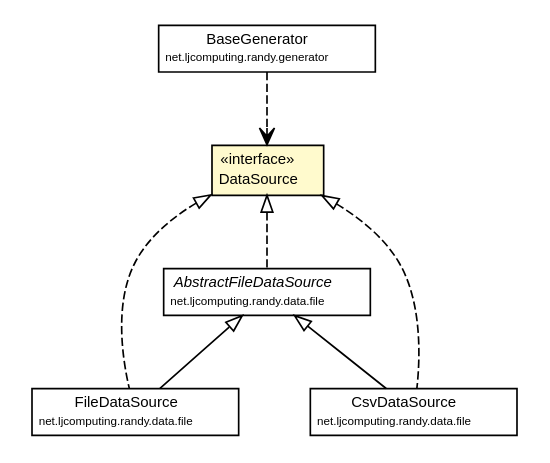
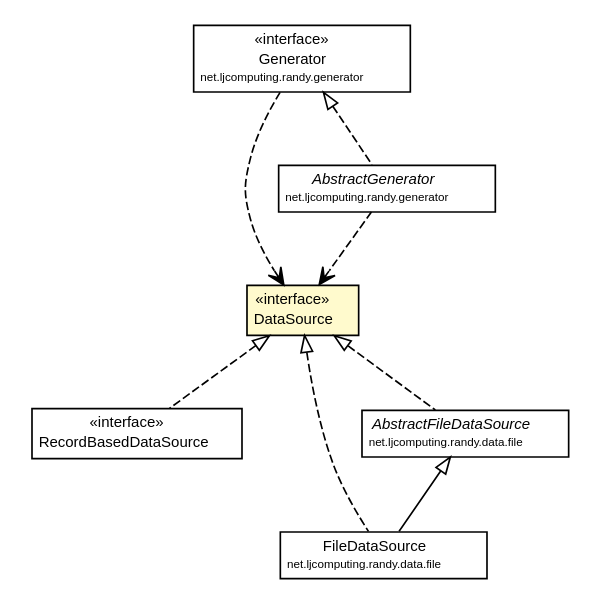
Before and after one commit to willmorejg/net.ljcomputing.randy: the diagram in docs/javadoc/apidocs/net/ljcomputing/randy/data/DataSource.dot, drawn with Graphviz. The commit also changed 138 other files, not shown here.

```diff
--- a/docs/javadoc/apidocs/net/ljcomputing/randy/data/DataSource.dot
+++ b/docs/javadoc/apidocs/net/ljcomputing/randy/data/DataSource.dot
@@ -1,59 +1,69 @@
 #!/usr/local/bin/dot
 #
 # Class diagram 
 # Generated by UMLGraph version R5_6 (http://www.umlgraph.org/)
 #
 
 digraph G {
 	edge [fontname="Helvetica",fontsize=10,labelfontname="Helvetica",labelfontsize=10];
 	node [fontname="Helvetica",fontsize=10,shape=plaintext];
 	nodesep=0.25;
 	ranksep=0.5;
+	// net.ljcomputing.randy.data.RecordBasedDataSource
+	c217 [label=<<table title="net.ljcomputing.randy.data.RecordBasedDataSource" border="0" cellborder="1" cellspacing="0" cellpadding="2" port="p" href="./RecordBasedDataSource.html">
+		<tr><td><table border="0" cellspacing="0" cellpadding="1">
+<tr><td align="center" balign="center"> &#171;interface&#187; </td></tr>
+<tr><td align="center" balign="center"> RecordBasedDataSource </td></tr>
+		</table></td></tr>
+		</table>>, URL="./RecordBasedDataSource.html", fontname="Helvetica", fontcolor="black", fontsize=9.0];
 	// net.ljcomputing.randy.data.DataSource
-	c151 [label=<<table title="net.ljcomputing.randy.data.DataSource" border="0" cellborder="1" cellspacing="0" cellpadding="2" port="p" bgcolor="lemonChiffon" href="./DataSource.html">
+	c218 [label=<<table title="net.ljcomputing.randy.data.DataSource" border="0" cellborder="1" cellspacing="0" cellpadding="2" port="p" bgcolor="lemonChiffon" href="./DataSource.html">
 		<tr><td><table border="0" cellspacing="0" cellpadding="1">
 <tr><td align="center" balign="center"> &#171;interface&#187; </td></tr>
 <tr><td align="center" balign="center"> DataSource </td></tr>
 		</table></td></tr>
 		</table>>, URL="./DataSource.html", fontname="Helvetica", fontcolor="black", fontsize=9.0];
 	// net.ljcomputing.randy.data.file.FileDataSource
-	c152 [label=<<table title="net.ljcomputing.randy.data.file.FileDataSource" border="0" cellborder="1" cellspacing="0" cellpadding="2" port="p" href="./file/FileDataSource.html">
+	c220 [label=<<table title="net.ljcomputing.randy.data.file.FileDataSource" border="0" cellborder="1" cellspacing="0" cellpadding="2" port="p" href="./file/FileDataSource.html">
 		<tr><td><table border="0" cellspacing="0" cellpadding="1">
 <tr><td align="center" balign="center"> FileDataSource </td></tr>
 <tr><td align="center" balign="center"><font point-size="7.0"> net.ljcomputing.randy.data.file </font></td></tr>
 		</table></td></tr>
 		</table>>, URL="./file/FileDataSource.html", fontname="Helvetica", fontcolor="black", fontsize=9.0];
 	// net.ljcomputing.randy.data.file.AbstractFileDataSource
-	c154 [label=<<table title="net.ljcomputing.randy.data.file.AbstractFileDataSource" border="0" cellborder="1" cellspacing="0" cellpadding="2" port="p" href="./file/AbstractFileDataSource.html">
+	c221 [label=<<table title="net.ljcomputing.randy.data.file.AbstractFileDataSource" border="0" cellborder="1" cellspacing="0" cellpadding="2" port="p" href="./file/AbstractFileDataSource.html">
 		<tr><td><table border="0" cellspacing="0" cellpadding="1">
 <tr><td align="center" balign="center"><font face="Helvetica-Oblique"> AbstractFileDataSource </font></td></tr>
 <tr><td align="center" balign="center"><font point-size="7.0"> net.ljcomputing.randy.data.file </font></td></tr>
 		</table></td></tr>
 		</table>>, URL="./file/AbstractFileDataSource.html", fontname="Helvetica", fontcolor="black", fontsize=9.0];
-	// net.ljcomputing.randy.data.file.CsvDataSource
-	c155 [label=<<table title="net.ljcomputing.randy.data.file.CsvDataSource" border="0" cellborder="1" cellspacing="0" cellpadding="2" port="p" href="./file/CsvDataSource.html">
+	// net.ljcomputing.randy.generator.AbstractGenerator
+	c231 [label=<<table title="net.ljcomputing.randy.generator.AbstractGenerator" border="0" cellborder="1" cellspacing="0" cellpadding="2" port="p" href="../generator/AbstractGenerator.html">
 		<tr><td><table border="0" cellspacing="0" cellpadding="1">
-<tr><td align="center" balign="center"> CsvDataSource </td></tr>
-<tr><td align="center" balign="center"><font point-size="7.0"> net.ljcomputing.randy.data.file </font></td></tr>
-		</table></td></tr>
-		</table>>, URL="./file/CsvDataSource.html", fontname="Helvetica", fontcolor="black", fontsize=9.0];
-	// net.ljcomputing.randy.generator.BaseGenerator
-	c162 [label=<<table title="net.ljcomputing.randy.generator.BaseGenerator" border="0" cellborder="1" cellspacing="0" cellpadding="2" port="p" href="../generator/BaseGenerator.html">
-		<tr><td><table border="0" cellspacing="0" cellpadding="1">
-<tr><td align="center" balign="center"> BaseGenerator </td></tr>
+<tr><td align="center" balign="center"><font face="Helvetica-Oblique"> AbstractGenerator </font></td></tr>
 <tr><td align="center" balign="center"><font point-size="7.0"> net.ljcomputing.randy.generator </font></td></tr>
 		</table></td></tr>
-		</table>>, URL="../generator/BaseGenerator.html", fontname="Helvetica", fontcolor="black", fontsize=9.0];
+		</table>>, URL="../generator/AbstractGenerator.html", fontname="Helvetica", fontcolor="black", fontsize=9.0];
+	// net.ljcomputing.randy.generator.Generator
+	c232 [label=<<table title="net.ljcomputing.randy.generator.Generator" border="0" cellborder="1" cellspacing="0" cellpadding="2" port="p" href="../generator/Generator.html">
+		<tr><td><table border="0" cellspacing="0" cellpadding="1">
+<tr><td align="center" balign="center"> &#171;interface&#187; </td></tr>
+<tr><td align="center" balign="center"> Generator </td></tr>
+<tr><td align="center" balign="center"><font point-size="7.0"> net.ljcomputing.randy.generator </font></td></tr>
+		</table></td></tr>
+		</table>>, URL="../generator/Generator.html", fontname="Helvetica", fontcolor="black", fontsize=9.0];
+	//net.ljcomputing.randy.data.RecordBasedDataSource implements net.ljcomputing.randy.data.DataSource
+	c218:p -> c217:p [dir=back,arrowtail=empty,style=dashed];
 	//net.ljcomputing.randy.data.file.FileDataSource extends net.ljcomputing.randy.data.file.AbstractFileDataSource
-	c154:p -> c152:p [dir=back,arrowtail=empty];
+	c221:p -> c220:p [dir=back,arrowtail=empty];
 	//net.ljcomputing.randy.data.file.FileDataSource implements net.ljcomputing.randy.data.DataSource
-	c151:p -> c152:p [dir=back,arrowtail=empty,style=dashed];
+	c218:p -> c220:p [dir=back,arrowtail=empty,style=dashed];
 	//net.ljcomputing.randy.data.file.AbstractFileDataSource implements net.ljcomputing.randy.data.DataSource
-	c151:p -> c154:p [dir=back,arrowtail=empty,style=dashed];
-	//net.ljcomputing.randy.data.file.CsvDataSource extends net.ljcomputing.randy.data.file.AbstractFileDataSource
-	c154:p -> c155:p [dir=back,arrowtail=empty];
-	//net.ljcomputing.randy.data.file.CsvDataSource implements net.ljcomputing.randy.data.DataSource
-	c151:p -> c155:p [dir=back,arrowtail=empty,style=dashed];
-	// net.ljcomputing.randy.generator.BaseGenerator DEPEND net.ljcomputing.randy.data.DataSource
-	c162:p -> c151:p [taillabel="", label="", headlabel="", fontname="Helvetica", fontcolor="black", fontsize=10.0, color="black", arrowhead=open, style=dashed];
+	c218:p -> c221:p [dir=back,arrowtail=empty,style=dashed];
+	//net.ljcomputing.randy.generator.AbstractGenerator implements net.ljcomputing.randy.generator.Generator
+	c232:p -> c231:p [dir=back,arrowtail=empty,style=dashed];
+	// net.ljcomputing.randy.generator.AbstractGenerator DEPEND net.ljcomputing.randy.data.DataSource
+	c231:p -> c218:p [taillabel="", label="", headlabel="", fontname="Helvetica", fontcolor="black", fontsize=10.0, color="black", arrowhead=open, style=dashed];
+	// net.ljcomputing.randy.generator.Generator DEPEND net.ljcomputing.randy.data.DataSource
+	c232:p -> c218:p [taillabel="", label="", headlabel="", fontname="Helvetica", fontcolor="black", fontsize=10.0, color="black", arrowhead=open, style=dashed];
 }
```
